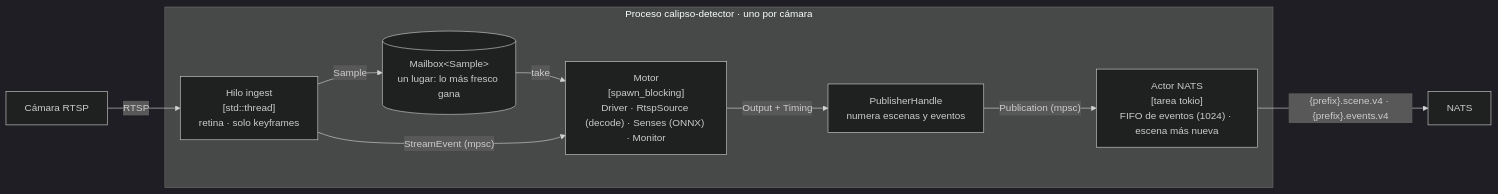
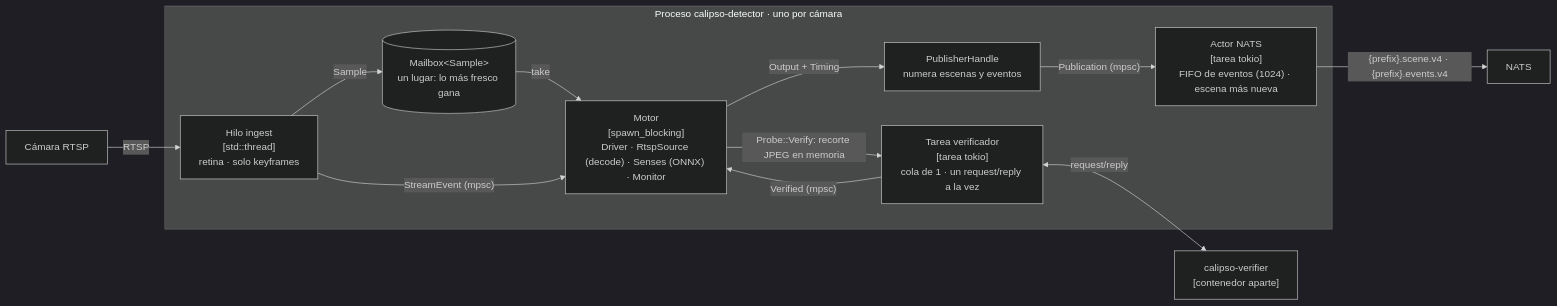
The fifth of 9 diagrams in arquitectura-c4.md (e7canasta/calipso-detector), drawn with Mermaid (dark theme) before and after one commit. The commit also changed other lines of this file and 2 other files, not shown here.

````diff
--- a/arquitectura-c4.md
+++ b/arquitectura-c4.md
@@ -236,20 +315,25 @@
 ```mermaid
 flowchart LR
     camera["Cámara RTSP"]
     subgraph det["Proceso calipso-detector · uno por cámara"]
         ingest["Hilo ingest<br/>[std::thread]<br/>retina · solo keyframes"]
         mailbox[("Mailbox&lt;Sample&gt;<br/>un lugar: lo más fresco gana")]
         engine["Motor<br/>[spawn_blocking]<br/>Driver · RtspSource (decode) · Senses (ONNX) · Monitor"]
+        vtask["Tarea verificador<br/>[tarea tokio]<br/>cola de 1 · un request/reply a la vez"]
         handle["PublisherHandle<br/>numera escenas y eventos"]
         actor["Actor NATS<br/>[tarea tokio]<br/>FIFO de eventos (1024) · escena más nueva"]
     end
+    vsvc["calipso-verifier<br/>[contenedor aparte]"]
     nats["NATS"]
 
     camera -->|"RTSP"| ingest
     ingest -->|"Sample"| mailbox
     mailbox -->|"take"| engine
     ingest -->|"StreamEvent (mpsc)"| engine
+    engine -->|"Probe::Verify: recorte JPEG en memoria"| vtask
+    vtask -->|"Verified (mpsc)"| engine
+    vtask <-->|"request/reply"| vsvc
     engine -->|"Output + Timing"| handle
     handle -->|"Publication (mpsc)"| actor
     actor -->|"{prefix}.scene.v4 · {prefix}.events.v4"| nats
 ```
````
